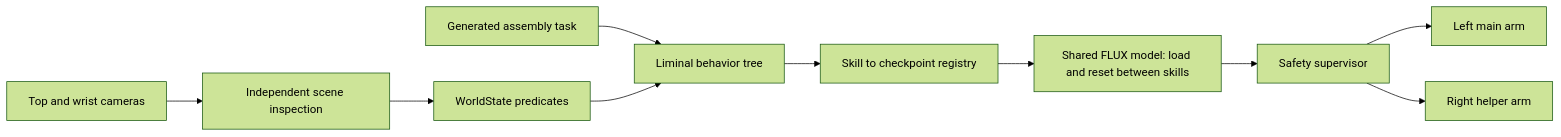
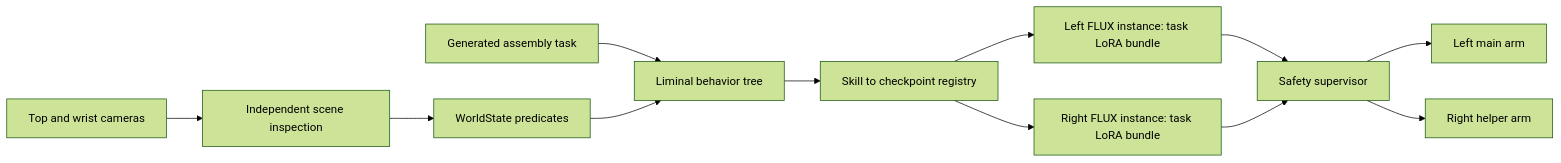
One commit to Javgilavi/liminal changed the second of 2 diagrams in docs/showcase-runtime.md. Above: the diagram before and after it, drawn with Mermaid (forest theme). The commit also changed other lines of this file and 27 other files, not shown here.

````diff
--- a/docs/showcase-runtime.md
+++ b/docs/showcase-runtime.md
@@ -72,12 +85,14 @@
 ```mermaid
 flowchart LR
     Task[Generated assembly task] --> BT[Liminal behavior tree]
     BT --> Registry[Skill to checkpoint registry]
-    Registry --> Model[Shared FLUX model: load and reset between skills]
-    Model --> Safety[Safety supervisor]
+    Registry --> L[Left FLUX instance: task LoRA bundle]
+    Registry --> R[Right FLUX instance: task LoRA bundle]
+    L --> Safety[Safety supervisor]
+    R --> Safety
     Safety --> Left[Left main arm]
     Safety --> Right[Right helper arm]
     Cameras[Top and wrist cameras] --> Inspector[Independent scene inspection]
     Inspector --> World[WorldState predicates]
     World --> BT
 ```
````
